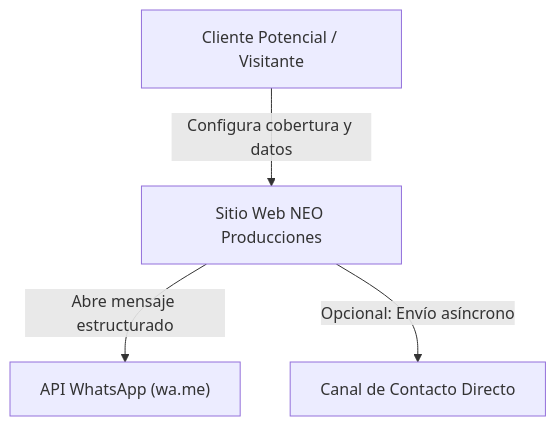
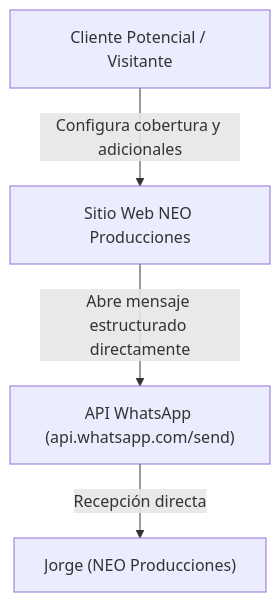
One commit to JorgeTrip/neo_producciones_tm changed the first of 4 diagrams in docs/arquitectura/c4_wizard_presupuesto.md. Above: the diagram before and after it, drawn with Mermaid. The commit also changed other lines of this file and 13 other files, not shown here.

First line of the commit message:
feat: Se simplifica presupuesto a dos pasos con envío por WhatsApp

````diff
--- a/docs/arquitectura/c4_wizard_presupuesto.md
+++ b/docs/arquitectura/c4_wizard_presupuesto.md
@@ -13,6 +13,6 @@
 ```mermaid
 flowchart TD
-    Cliente["Cliente Potencial / Visitante"] -->|Configura cobertura y datos| WebNEO["Sitio Web NEO Producciones"]
-    WebNEO -->|Abre mensaje estructurado| WhatsAppAPI["API WhatsApp (wa.me)"]
-    WebNEO -->|Opcional: Envío asíncrono| CorreoContacto["Canal de Contacto Directo"]
+    Cliente["Cliente Potencial / Visitante"] -->|Configura cobertura y adicionales| WebNEO["Sitio Web NEO Producciones"]
+    WebNEO -->|Abre mensaje estructurado directamente| WhatsAppAPI["API WhatsApp (api.whatsapp.com/send)"]
+    WhatsAppAPI -->|Recepción directa| Profesional["Jorge (NEO Producciones)"]
 ```
````
